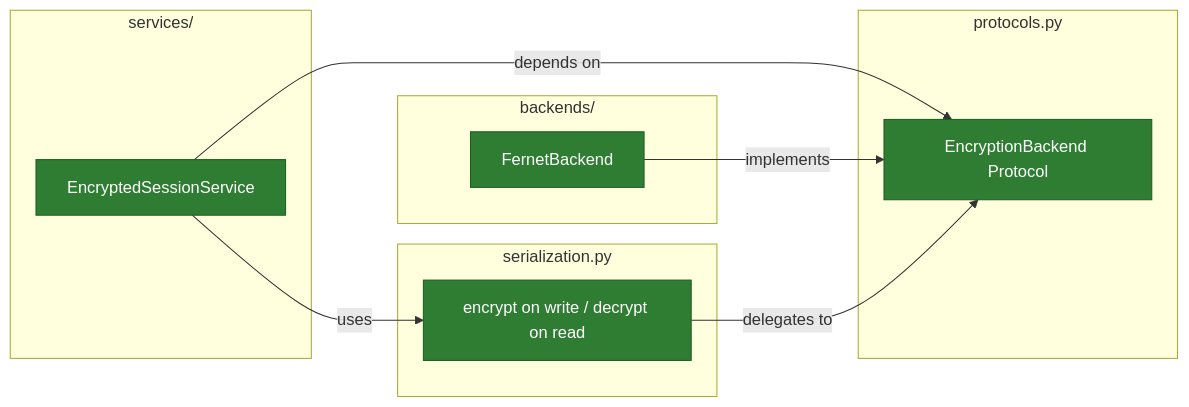
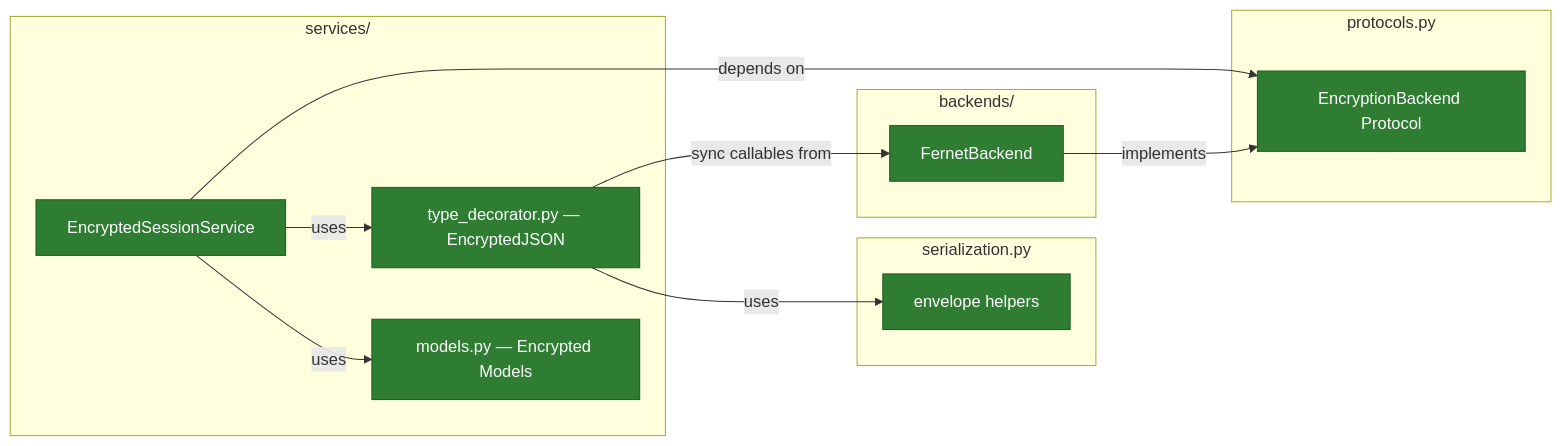
Before and after one commit to Alberto-Codes/adk-secure-sessions: the third of 3 diagrams in docs/ARCHITECTURE.md, drawn with Mermaid. The commit also changed other lines of this file and 20 other files, not shown here.

First line of the commit message:
docs(session): update docs for Epic 7 architecture migration (#137)

````diff
--- a/docs/ARCHITECTURE.md
+++ b/docs/ARCHITECTURE.md
@@ -68,28 +71,34 @@
 ```mermaid
 graph LR
     subgraph protocols.py
         EB2[EncryptionBackend Protocol]
     end
 
     subgraph services/
         ESS2[EncryptedSessionService]
+        TD2[type_decorator.py — EncryptedJSON]
+        MOD2[models.py — Encrypted Models]
     end
 
     subgraph backends/
         FB2[FernetBackend]
     end
 
     subgraph serialization.py
-        SER[encrypt on write / decrypt on read]
+        SER[envelope helpers]
     end
 
     ESS2 -->|depends on| EB2
+    ESS2 -->|uses| TD2
+    ESS2 -->|uses| MOD2
+    TD2 -->|sync callables from| FB2
+    TD2 -->|uses| SER
     FB2 -->|implements| EB2
-    ESS2 -->|uses| SER
-    SER -->|delegates to| EB2
 
     style EB2 fill:#2e7d32,stroke:#1b5e20,color:#fff
     style ESS2 fill:#2e7d32,stroke:#1b5e20,color:#fff
+    style TD2 fill:#2e7d32,stroke:#1b5e20,color:#fff
+    style MOD2 fill:#2e7d32,stroke:#1b5e20,color:#fff
     style FB2 fill:#2e7d32,stroke:#1b5e20,color:#fff
     style SER fill:#2e7d32,stroke:#1b5e20,color:#fff
 ```
````
